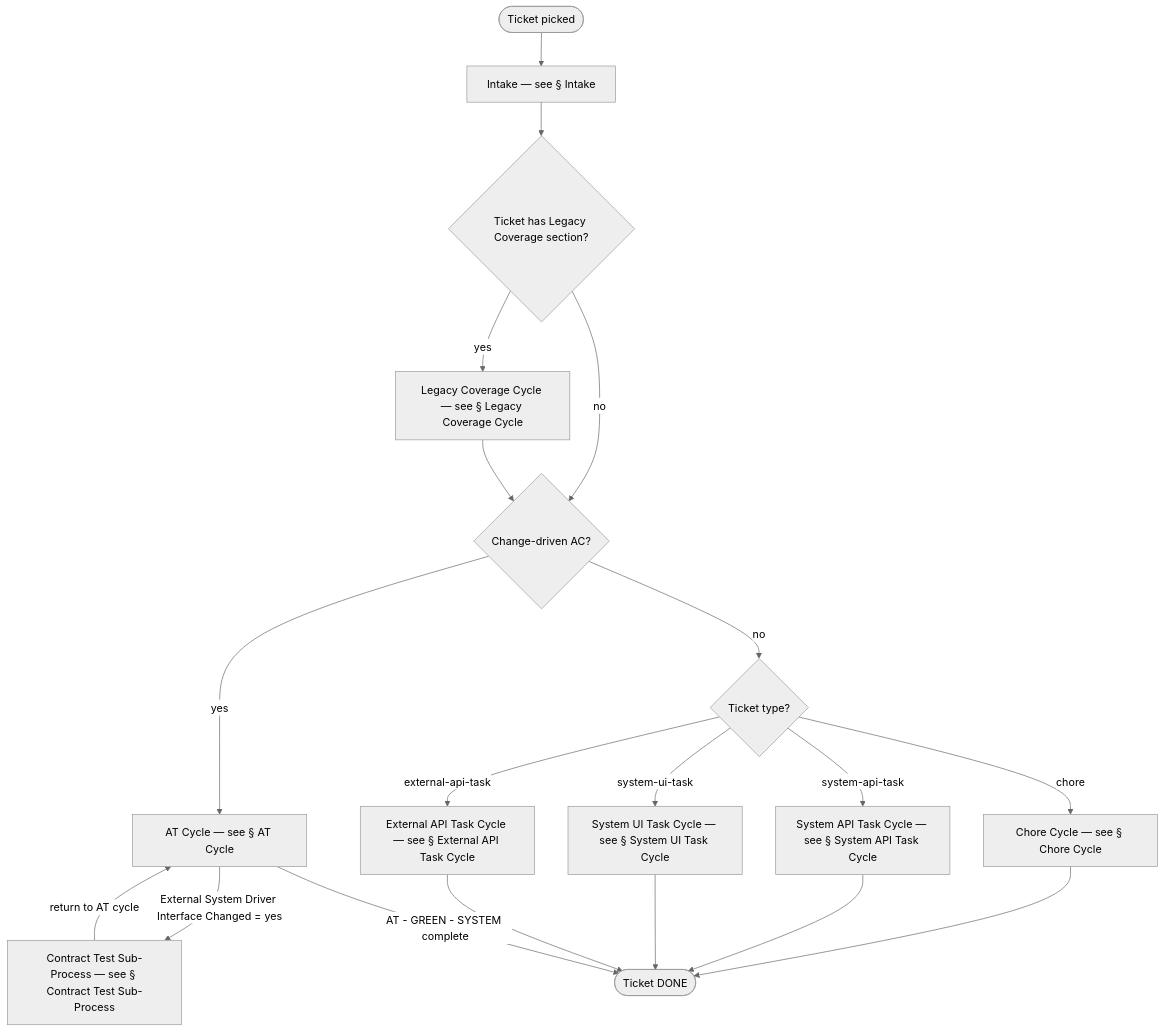
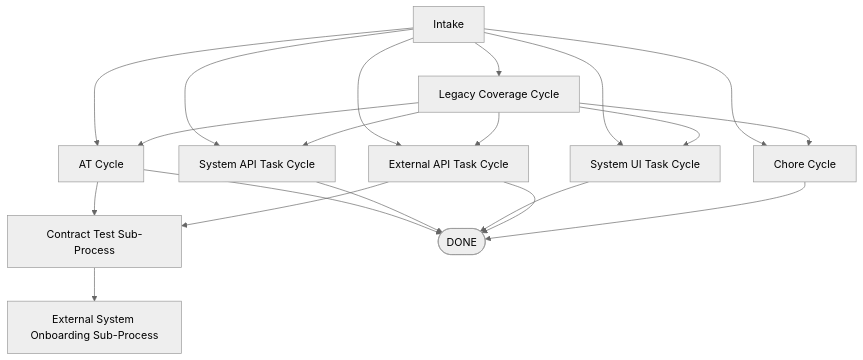
Before and after one commit to optivem/starter: the first of 10 diagrams in docs/atdd/process/process-diagram.md, drawn with Mermaid (neutral theme). The commit also changed other lines of this file and 1 other file, not shown here.

First line of the commit message:
Regenerate process diagrams after AT/CT phase doc split

````diff
--- a/docs/atdd/process/process-diagram.md
+++ b/docs/atdd/process/process-diagram.md
@@ -16,35 +27,33 @@
 ```mermaid
 flowchart TD
-    START([Ticket picked])
-    INTAKE[Intake — see § Intake]
-    LEGACY_GATE{Ticket has Legacy Coverage section?}
-    AT_GATE{Change-driven AC?}
-    TYPE_GATE{Ticket type?}
-    AT_CYCLE[AT Cycle — see § AT Cycle]
-    LEGACY_CYCLE[Legacy Coverage Cycle — see § Legacy Coverage Cycle]
-    CT_SUBPROCESS[Contract Test Sub-Process — see § Contract Test Sub-Process]
-    SYSTEM_API_TASK_CYCLE[System API Task Cycle — see § System API Task Cycle]
-    SYSTEM_UI_TASK_CYCLE[System UI Task Cycle — see § System UI Task Cycle]
-    EXTERNAL_API_TASK_CYCLE[External API Task Cycle — see § External API Task Cycle]
-    CHORE_CYCLE[Chore Cycle — see § Chore Cycle]
-    DONE([Ticket DONE])
+    INTAKE[Intake]
+    LEGACY[Legacy Coverage Cycle]
+    AT[AT Cycle]
+    SYS_API[System API Task Cycle]
+    SYS_UI[System UI Task Cycle]
+    EXT_API[External API Task Cycle]
+    CHORE[Chore Cycle]
+    CT[Contract Test Sub-Process]
+    ONBOARD[External System Onboarding Sub-Process]
+    DONE([DONE])
 
-    START --> INTAKE
-    INTAKE --> LEGACY_GATE
-    LEGACY_GATE -->|yes| LEGACY_CYCLE
-    LEGACY_GATE -->|no| AT_GATE
-    LEGACY_CYCLE --> AT_GATE
-    AT_GATE -->|yes| AT_CYCLE
-    AT_GATE -->|no| TYPE_GATE
-    TYPE_GATE -->|chore| CHORE_CYCLE
-    TYPE_GATE -->|system-api-task| SYSTEM_API_TASK_CYCLE
-    TYPE_GATE -->|system-ui-task| SYSTEM_UI_TASK_CYCLE
-    TYPE_GATE -->|external-api-task| EXTERNAL_API_TASK_CYCLE
-    CHORE_CYCLE --> DONE
-    SYSTEM_API_TASK_CYCLE --> DONE
-    SYSTEM_UI_TASK_CYCLE --> DONE
-    EXTERNAL_API_TASK_CYCLE --> DONE
-    AT_CYCLE -->|External System Driver Interface Changed = yes| CT_SUBPROCESS
-    CT_SUBPROCESS -->|return to AT cycle| AT_CYCLE
-    AT_CYCLE -->|AT - GREEN - SYSTEM complete| DONE
+    INTAKE --> LEGACY
+    INTAKE --> AT
+    INTAKE --> SYS_API
+    INTAKE --> SYS_UI
+    INTAKE --> EXT_API
+    INTAKE --> CHORE
+    LEGACY --> AT
+    LEGACY --> SYS_API
+    LEGACY --> SYS_UI
+    LEGACY --> EXT_API
+    LEGACY --> CHORE
+    AT --> CT
+    EXT_API --> CT
+    CT --> ONBOARD
+    AT --> DONE
+    SYS_API --> DONE
+    SYS_UI --> DONE
+    EXT_API --> DONE
+    CHORE --> DONE
 ```
````
